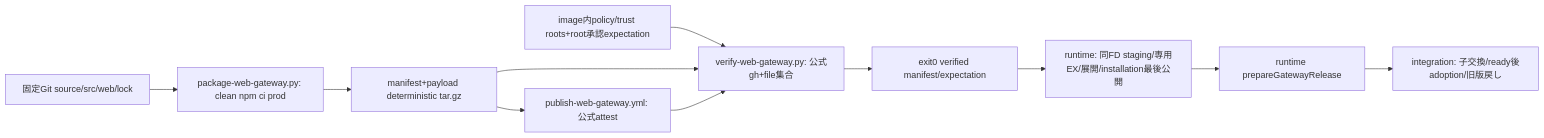
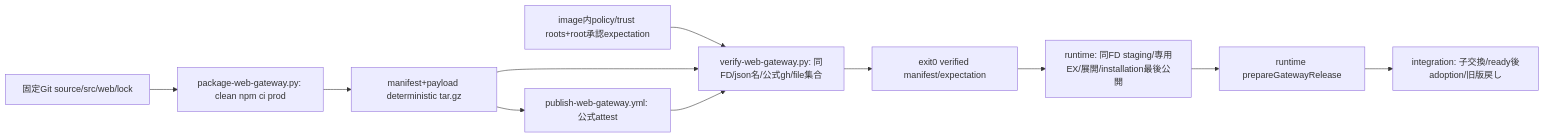
Before and after one commit to kitepon/BellTeam: the diagram in docs/architecture/modules/distribution/web-gateway-artifact.md, drawn with Mermaid. The commit also changed other lines of this file and 2 other files, not shown here.

````diff
--- a/docs/architecture/modules/distribution/web-gateway-artifact.md
+++ b/docs/architecture/modules/distribution/web-gateway-artifact.md
@@ -5,13 +5,13 @@
 ```mermaid
 flowchart LR
   Git[固定Git source/src/web/lock] --> Pack[package-web-gateway.py: clean npm ci prod]
   Pack --> Tar[manifest+payload deterministic tar.gz]
   Tar --> OIDC[publish-web-gateway.yml: 公式attest]
-  Root[image内policy/trust roots+root承認expectation] --> Verify[verify-web-gateway.py: 公式gh+file集合]
+  Root[image内policy/trust roots+root承認expectation] --> Verify[verify-web-gateway.py: 同FD/json名/公式gh/file集合]
   Tar --> Verify
   OIDC --> Verify
   Verify --> Receipt[exit0 verified manifest/expectation]
   Receipt --> Writer[runtime: 同FD staging/専用EX/展開/installation最後公開]
   Writer --> Prepare[runtime prepareGatewayRelease]
   Prepare --> Switch[integration: 子交換/ready後adoption/旧版戻し]
 ```
````
